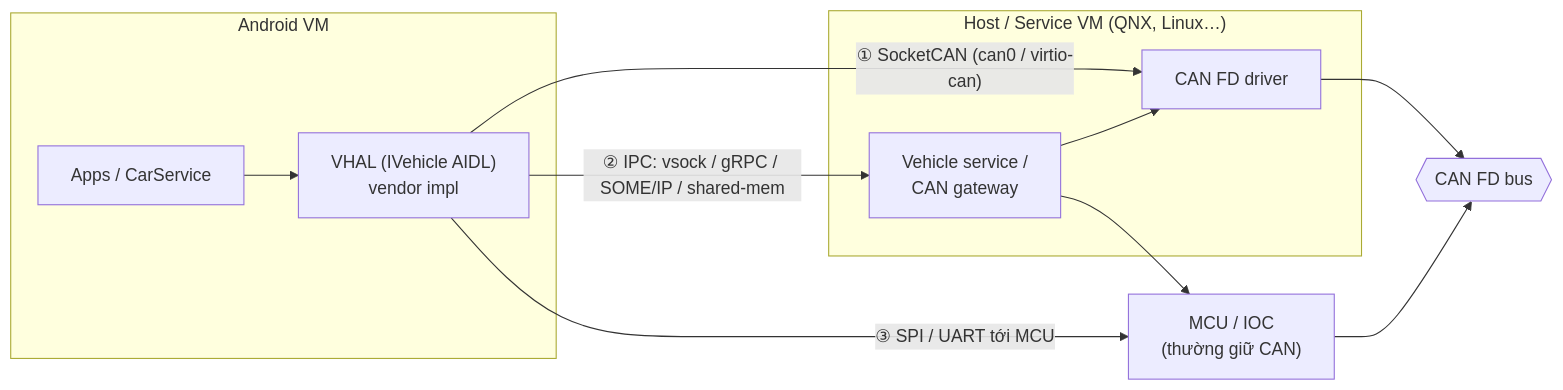
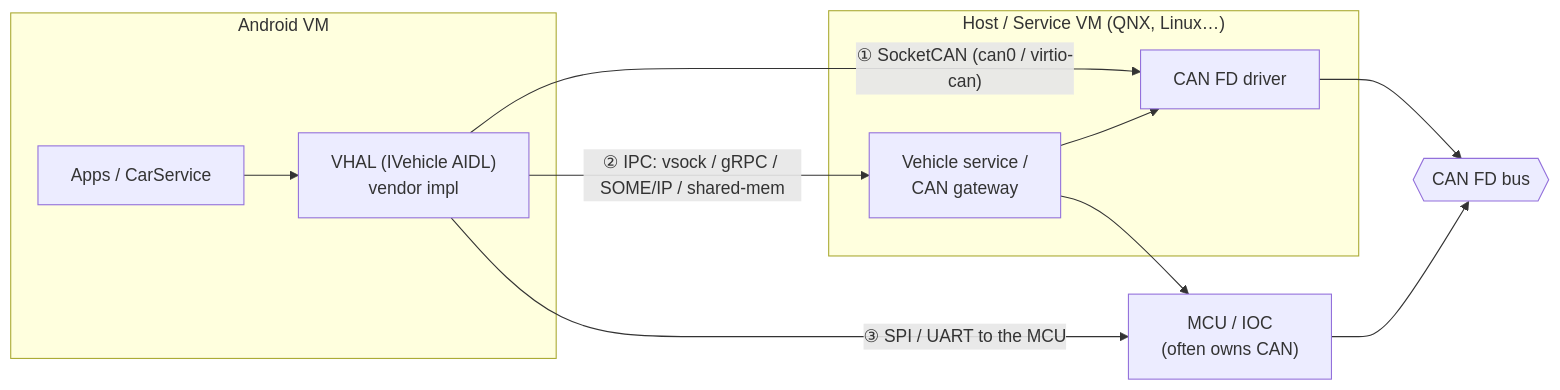
Before and after one commit to Thuongst97/CAN_SIMULATOR: the first of 5 diagrams in docs/VIRTUAL_CAN_PROPOSAL.md, drawn with Mermaid. The commit also changed other lines of this file and 8 other files, not shown here.

````diff
--- a/docs/VIRTUAL_CAN_PROPOSAL.md
+++ b/docs/VIRTUAL_CAN_PROPOSAL.md
@@ -22,20 +22,20 @@
 ```mermaid
 flowchart LR
     subgraph AND["Android VM"]
         app["Apps / CarService"]
         vhal["VHAL (IVehicle AIDL)<br/>vendor impl"]
         app --> vhal
     end
     subgraph HOST["Host / Service VM (QNX, Linux…)"]
         vsvc["Vehicle service /<br/>CAN gateway"]
         drv["CAN FD driver"]
     end
-    mcu["MCU / IOC<br/>(thường giữ CAN)"]
+    mcu["MCU / IOC<br/>(often owns CAN)"]
     bus{{"CAN FD bus"}}
 
     vhal -- "① SocketCAN (can0 / virtio-can)" --> drv
     vhal -- "② IPC: vsock / gRPC / SOME/IP / shared-mem" --> vsvc
-    vhal -- "③ SPI / UART tới MCU" --> mcu
+    vhal -- "③ SPI / UART to the MCU" --> mcu
     vsvc --> drv --> bus
     vsvc --> mcu --> bus
 ```
````
